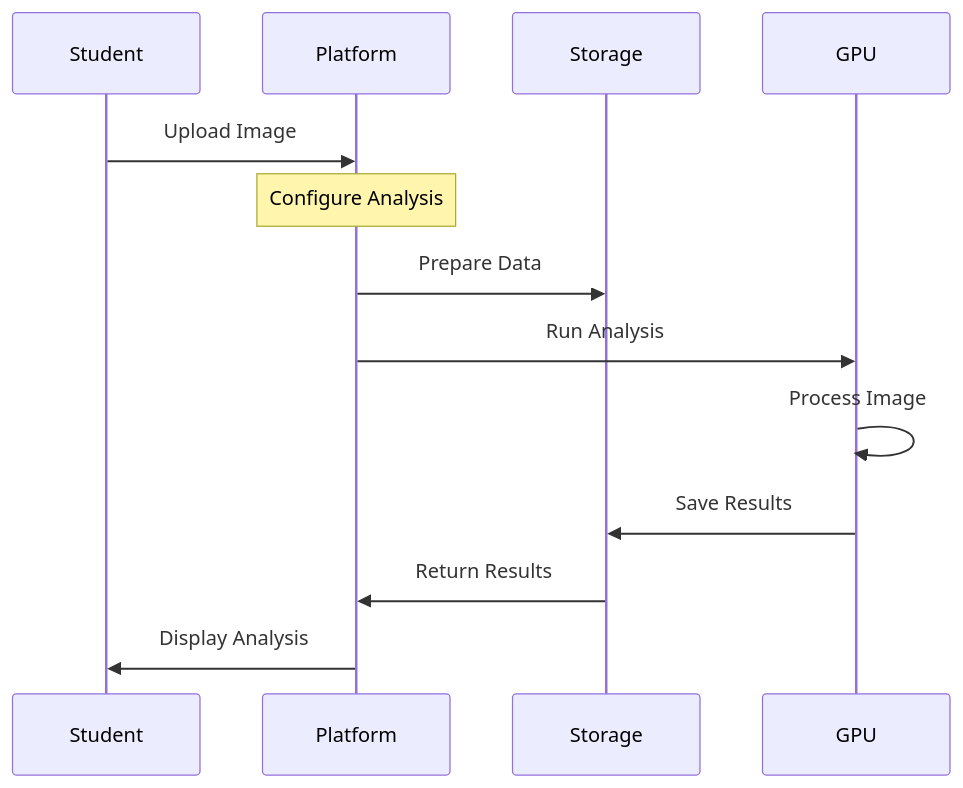
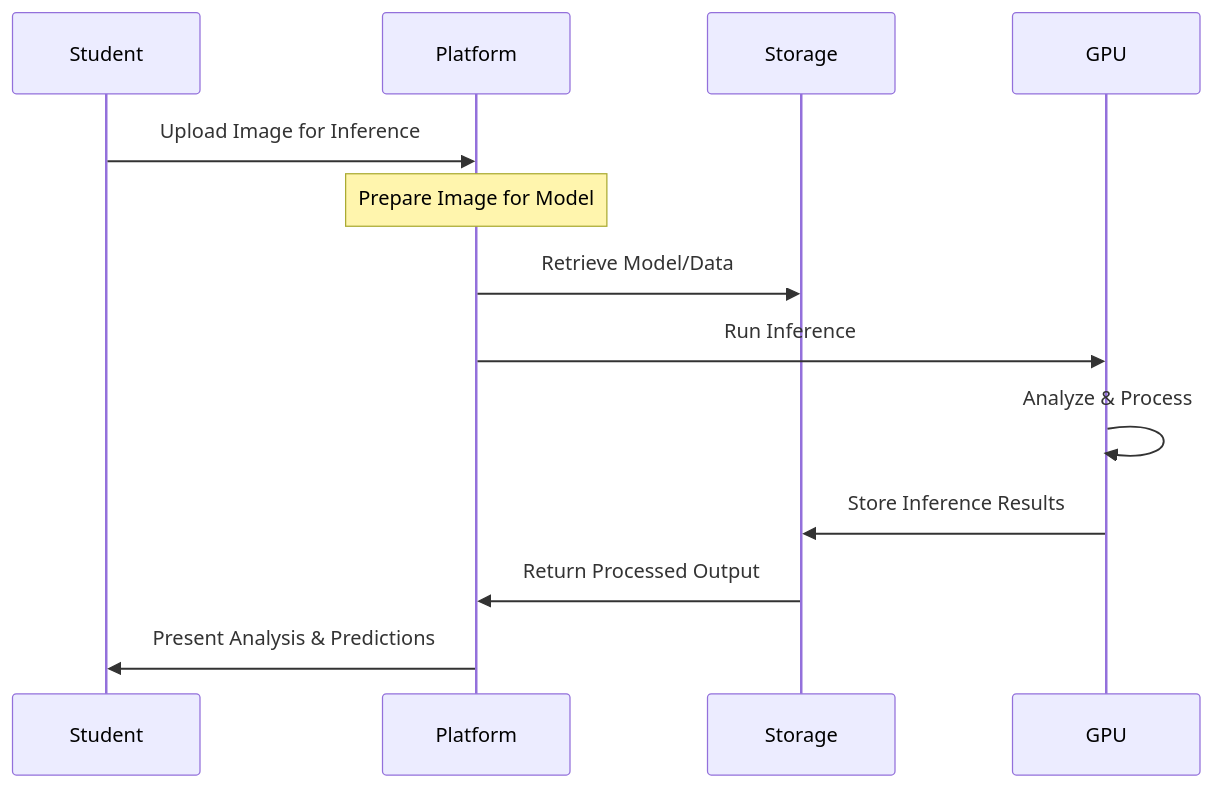
One commit to frontierbio-tech/frontierbio-tech.github.io changed the fourth of 4 diagrams in test3.md. Above: the diagram before and after it, drawn with Mermaid. The commit also changed other lines of this file, not shown here.

````diff
--- a/test3.md
+++ b/test3.md
@@ -147,19 +129,19 @@
 ```mermaid
 sequenceDiagram
     participant Student
     participant Platform
     participant Storage
     participant GPU
 
-    Student->>Platform: Upload Image
-    Note over Platform: Configure Analysis
+    Student->>Platform: Upload Image for Inference
+    Note over Platform: Prepare Image for Model
     
-    Platform->>Storage: Prepare Data
-    Platform->>GPU: Run Analysis
+    Platform->>Storage: Retrieve Model/Data
+    Platform->>GPU: Run Inference
     
-    GPU->>GPU: Process Image
-    GPU->>Storage: Save Results
+    GPU->>GPU: Analyze & Process
+    GPU->>Storage: Store Inference Results
     
-    Storage->>Platform: Return Results
-    Platform->>Student: Display Analysis
+    Storage->>Platform: Return Processed Output
+    Platform->>Student: Present Analysis & Predictions
 ```
````
